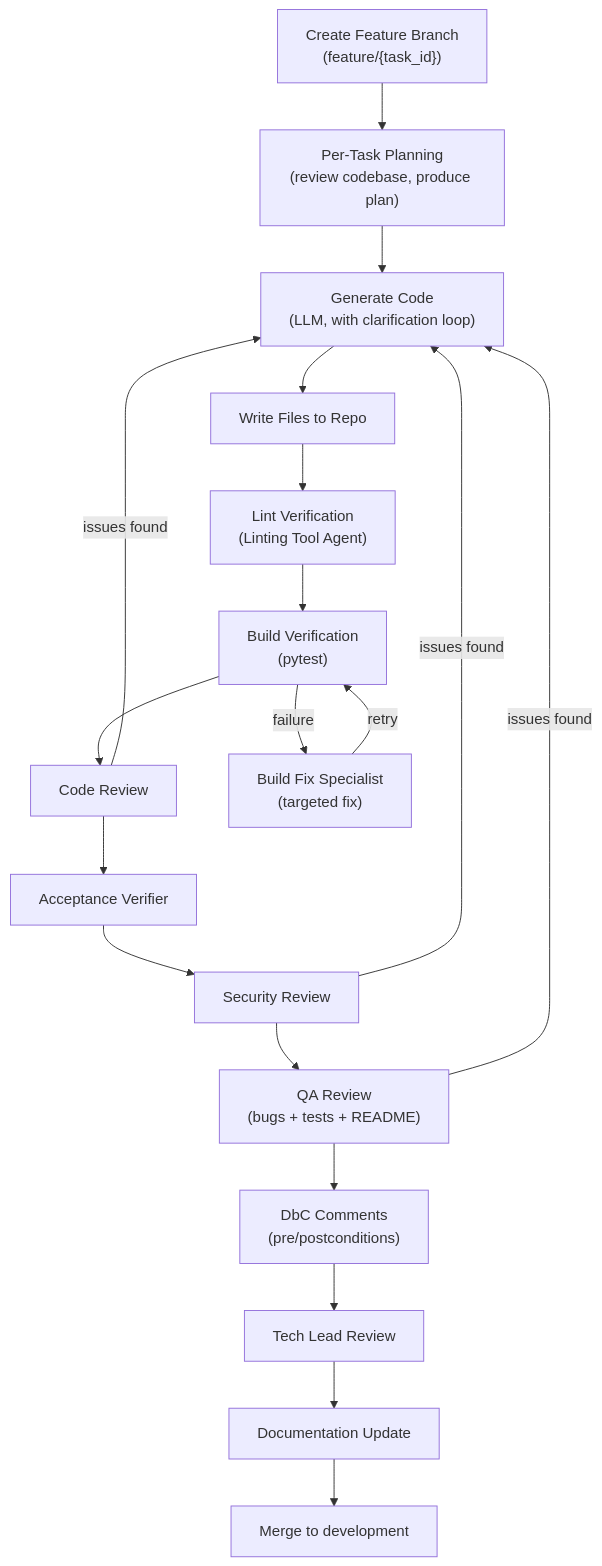
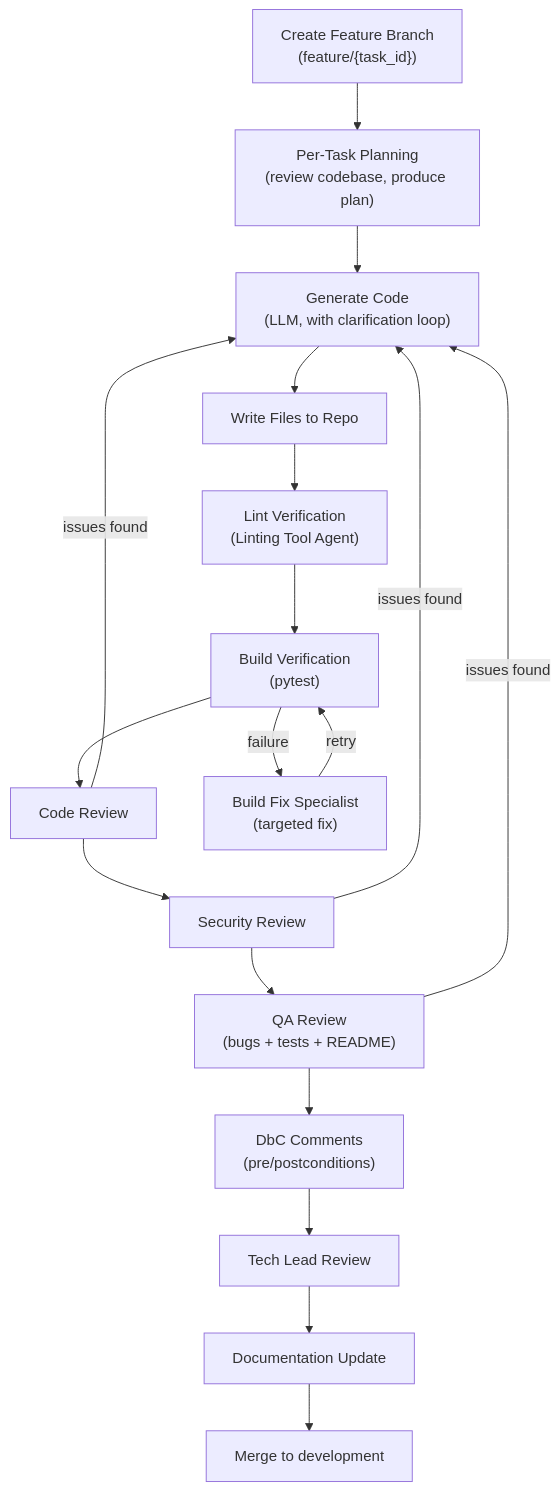
Before and after one commit to brandonkindred/Khala-Agentic-AI-Teams: the fifth of 15 diagrams in docs/ARCHITECTURE.md, drawn with Mermaid. The commit also changed other lines of this file and 5 other files, not shown here.

First line of the commit message:
Remove remaining Acceptance Verifier references flagged by review

````diff
--- a/docs/ARCHITECTURE.md
+++ b/docs/ARCHITECTURE.md
@@ -216,28 +215,27 @@
 ```mermaid
 flowchart TB
     Branch["Create Feature Branch\n(feature/{task_id})"]
     TaskPlan["Per-Task Planning\n(review codebase, produce plan)"]
     CodeGen["Generate Code\n(LLM, with clarification loop)"]
     WriteCode["Write Files to Repo"]
     Lint["Lint Verification\n(Linting Tool Agent)"]
     Build["Build Verification\n(pytest)"]
     CR["Code Review"]
-    AV["Acceptance Verifier"]
     Sec["Security Review"]
     QA["QA Review\n(bugs + tests + README)"]
     Dbc["DbC Comments\n(pre/postconditions)"]
     TLReview["Tech Lead Review"]
     Doc["Documentation Update"]
     Merge["Merge to development"]
 
     Branch --> TaskPlan --> CodeGen --> WriteCode --> Lint --> Build
-    Build --> CR --> AV --> Sec --> QA
+    Build --> CR --> Sec --> QA
     QA --> Dbc --> TLReview --> Doc --> Merge
 
     Build -->|"failure"| BuildFix["Build Fix Specialist\n(targeted fix)"]
     BuildFix -->|"retry"| Build
 
     CR -->|"issues found"| CodeGen
     Sec -->|"issues found"| CodeGen
     QA -->|"issues found"| CodeGen
 ```
````
